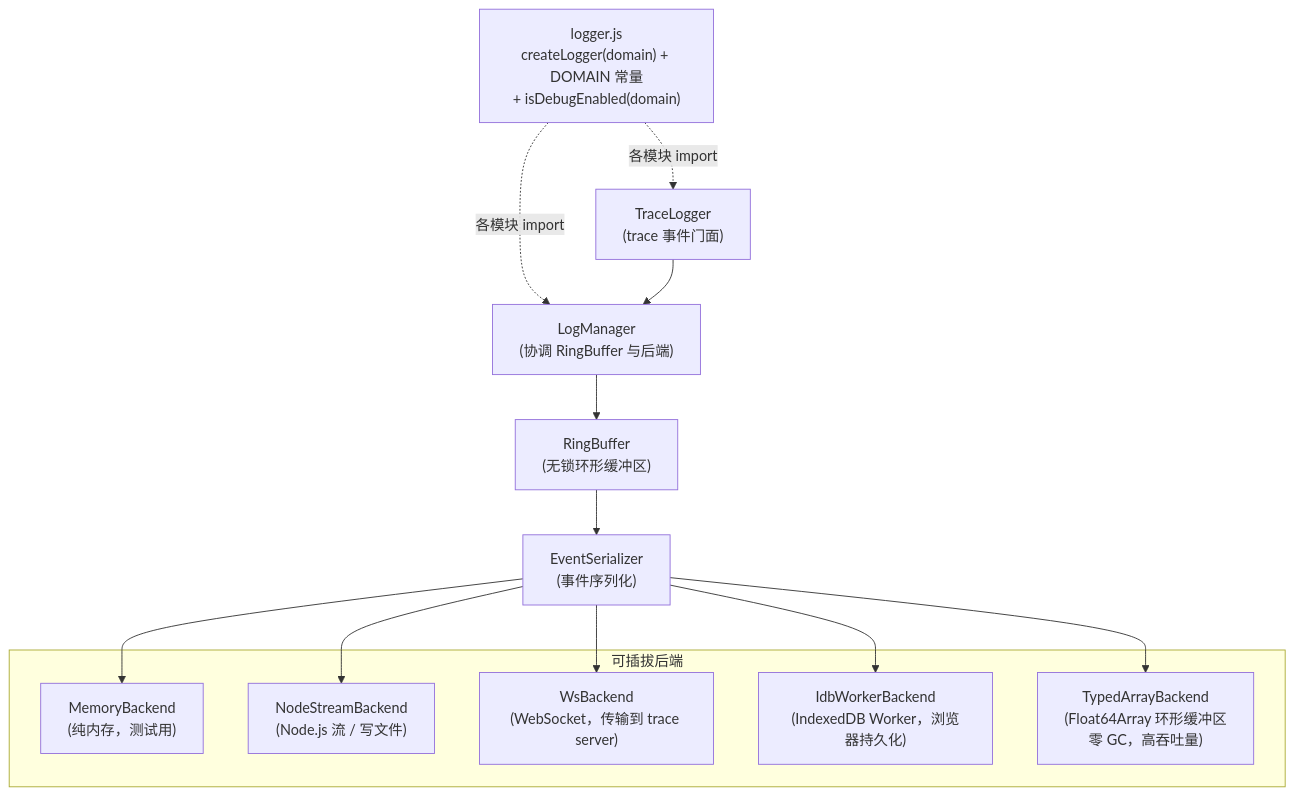
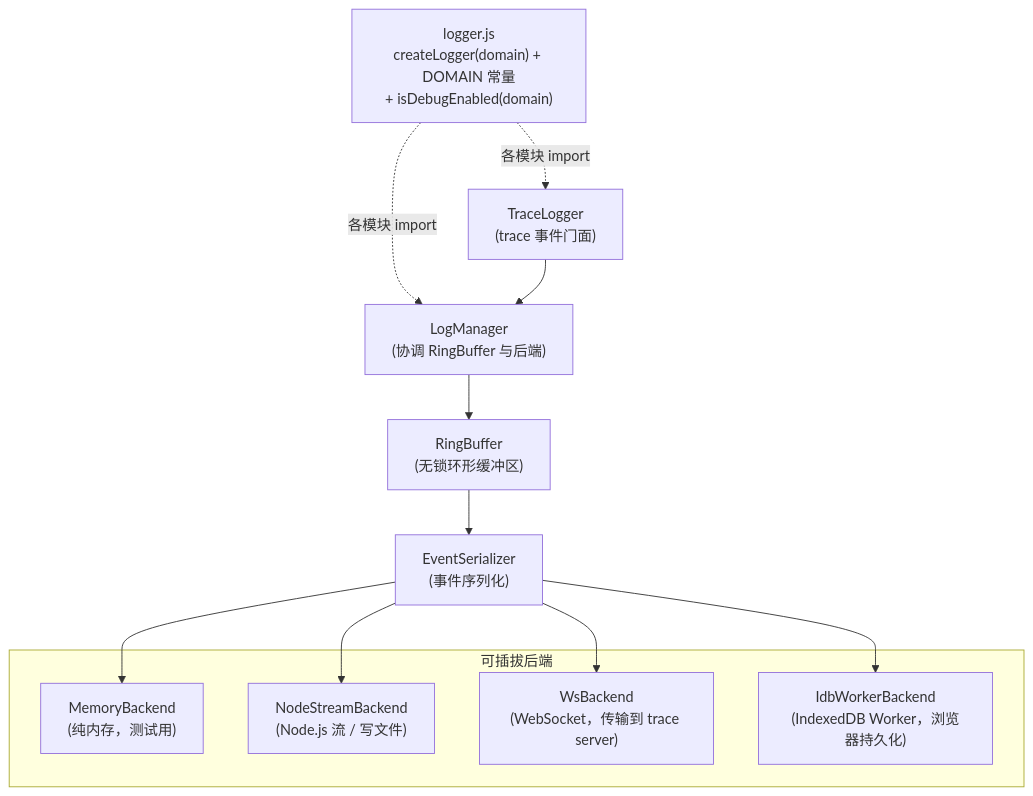
One commit to fuckreverse/Jani changed the fifth of 6 diagrams in docs/Runtime-System.md. Above: the diagram before and after it, drawn with Mermaid. The commit also changed other lines of this file and 26 other files, not shown here.

Commit message:
docs: 移除 TypedArrayBackend 文档引用，新增 await 和属性复合赋值插桩配置，修正 iidToLocation 调用，清理日志相关注释和代码，完善异步上下文支持，更新插桩器和作用域处理逻辑，修正 RegExp 序列化缺失标志，补充代码问题说明文档

````diff
--- a/docs/Runtime-System.md
+++ b/docs/Runtime-System.md
@@ -644,27 +672,25 @@
 ```mermaid
 flowchart TD
     LOGGER["logger.js\ncreateLogger(domain) + DOMAIN 常量\n+ isDebugEnabled(domain)"]
     TL["TraceLogger\n(trace 事件门面)"]
     LM["LogManager\n(协调 RingBuffer 与后端)"]
     RB["RingBuffer\n(无锁环形缓冲区)"]
     ES["EventSerializer\n(事件序列化)"]
 
     subgraph Backends["可插拔后端"]
         MB["MemoryBackend\n(纯内存，测试用)"]
         NS["NodeStreamBackend\n(Node.js 流 / 写文件)"]
         WS["WsBackend\n(WebSocket，传输到 trace server)"]
         IDB["IdbWorkerBackend\n(IndexedDB Worker，浏览器持久化)"]
-        TA["TypedArrayBackend\n(Float64Array 环形缓冲区\n零 GC，高吞吐量)"]
     end
 
     LOGGER -.->|"各模块 import"| TL
     LOGGER -.->|"各模块 import"| LM
     TL --> LM
     LM --> RB
     RB --> ES
     ES --> MB
     ES --> NS
     ES --> WS
     ES --> IDB
-    ES --> TA
 ```
````
